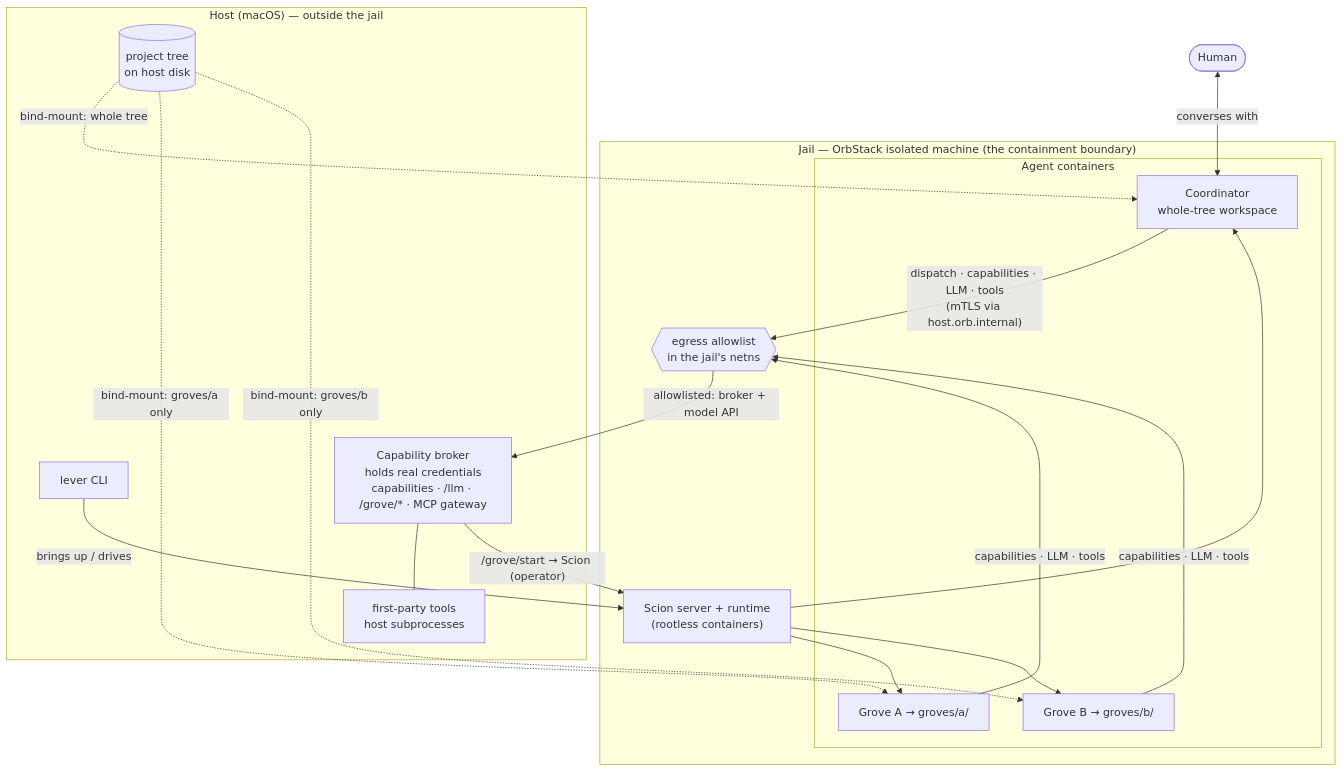
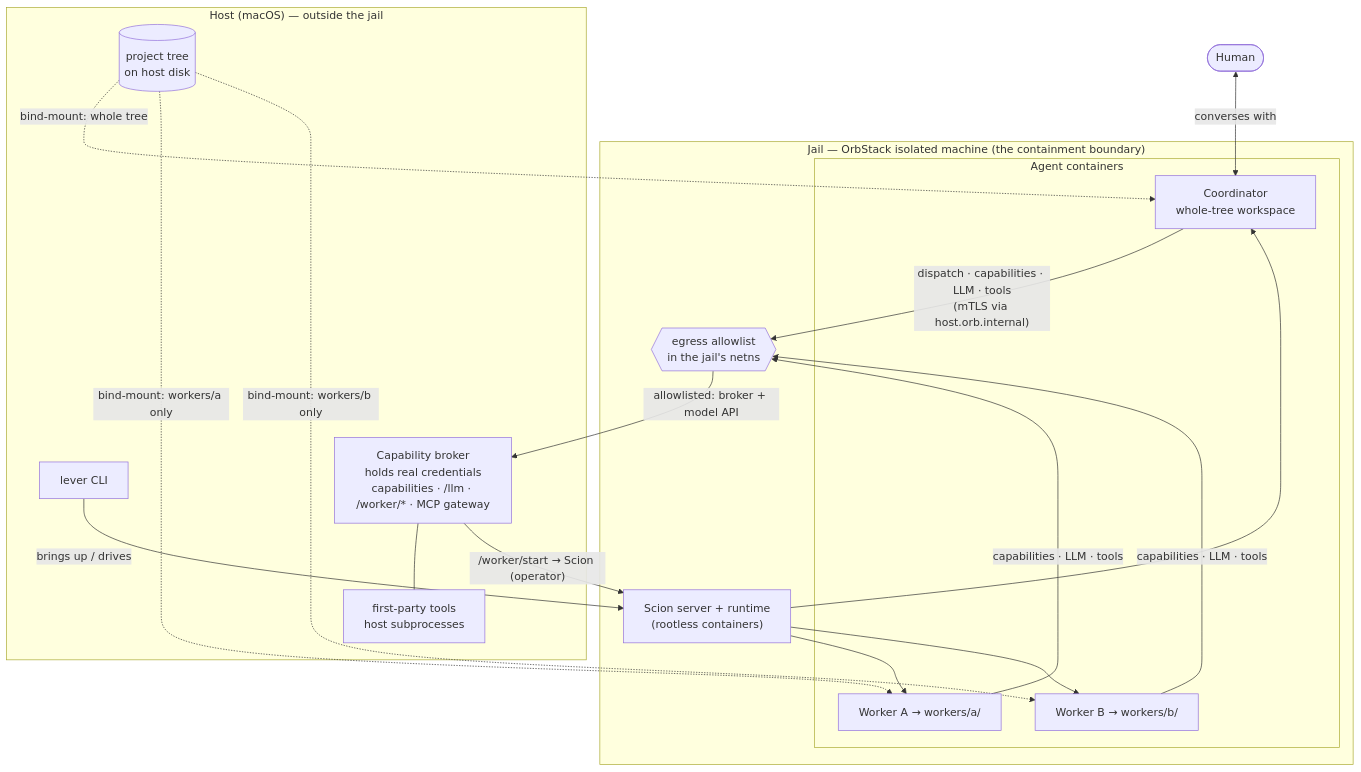
The diagram in README.md (stevegeek/lever), drawn with Mermaid before and after one commit. The commit also changed other lines of this file and 76 other files, not shown here.

First line of the commit message:
docs: rename grove→worker in prose, comments, skills, reference docs; changelog (P1)

````diff
--- a/README.md
+++ b/README.md
@@ -45,36 +45,36 @@
 ```mermaid
 graph TB
     Hu([Human])
 
     subgraph host["Host (macOS) — outside the jail"]
         CLI[lever CLI]
-        BK["Capability broker<br/>holds real credentials<br/>capabilities · /llm · /grove/* · MCP gateway"]
+        BK["Capability broker<br/>holds real credentials<br/>capabilities · /llm · /worker/* · MCP gateway"]
         TOOLS[first-party tools<br/>host subprocesses]
         TREE[("project tree<br/>on host disk")]
     end
 
     subgraph jail["Jail — OrbStack isolated machine (the containment boundary)"]
         HUB["Scion server + runtime<br/>(rootless containers)"]
         FW{{egress allowlist<br/>in the jail's netns}}
         subgraph cons["Agent containers"]
             CO["Coordinator<br/>whole-tree workspace"]
-            GA["Grove A → groves/a/"]
-            GB["Grove B → groves/b/"]
+            GA["Worker A → workers/a/"]
+            GB["Worker B → workers/b/"]
         end
     end
 
     Hu <-->|converses with| CO
     CLI -->|brings up / drives| HUB
     CO -->|"dispatch · capabilities · LLM · tools<br/>(mTLS via host.orb.internal)"| FW
     GA -->|capabilities · LLM · tools| FW
     GB -->|capabilities · LLM · tools| FW
     FW -->|"allowlisted: broker + model API"| BK
     BK --- TOOLS
-    BK -->|"/grove/start → Scion (operator)"| HUB
+    BK -->|"/worker/start → Scion (operator)"| HUB
     HUB --> CO
     HUB --> GA
     HUB --> GB
     TREE -.->|"bind-mount: whole tree"| CO
-    TREE -.->|"bind-mount: groves/a only"| GA
-    TREE -.->|"bind-mount: groves/b only"| GB
+    TREE -.->|"bind-mount: workers/a only"| GA
+    TREE -.->|"bind-mount: workers/b only"| GB
 ```
````
